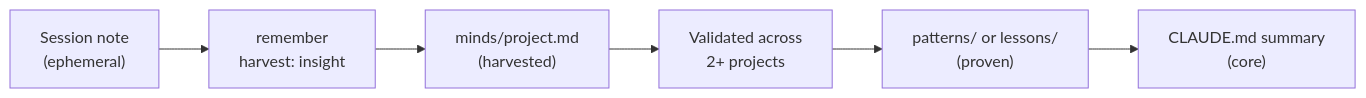
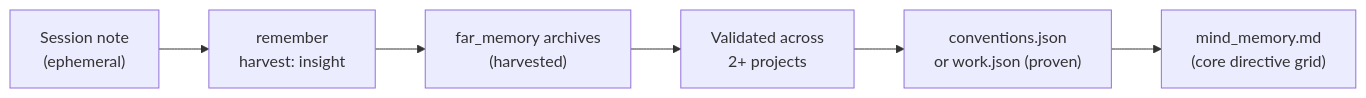
One commit to packetqc/K_DOCS changed the second of 2 diagrams in docs/publications/distributed-knowledge-dashboard/full/index.md. Above: the diagram before and after it, drawn with Mermaid. The commit also changed other lines of this file and 1 other file, not shown here.

First line of the commit message:
docs: update distributed-knowledge-dashboard mermaid to K2.0

````diff
--- a/docs/publications/distributed-knowledge-dashboard/full/index.md
+++ b/docs/publications/distributed-knowledge-dashboard/full/index.md
@@ -296,8 +296,8 @@
 ```mermaid
 flowchart LR
     A["Session note\n(ephemeral)"] --> B["remember\nharvest: insight"]
-    B --> C["minds/project.md\n(harvested)"]
+    B --> C["far_memory archives\n(harvested)"]
     C --> D["Validated across\n2+ projects"]
-    D --> E["patterns/ or lessons/\n(proven)"]
-    E --> F["CLAUDE.md summary\n(core)"]
+    D --> E["conventions.json\nor work.json (proven)"]
+    E --> F["mind_memory.md\n(core directive grid)"]
 ```
````
